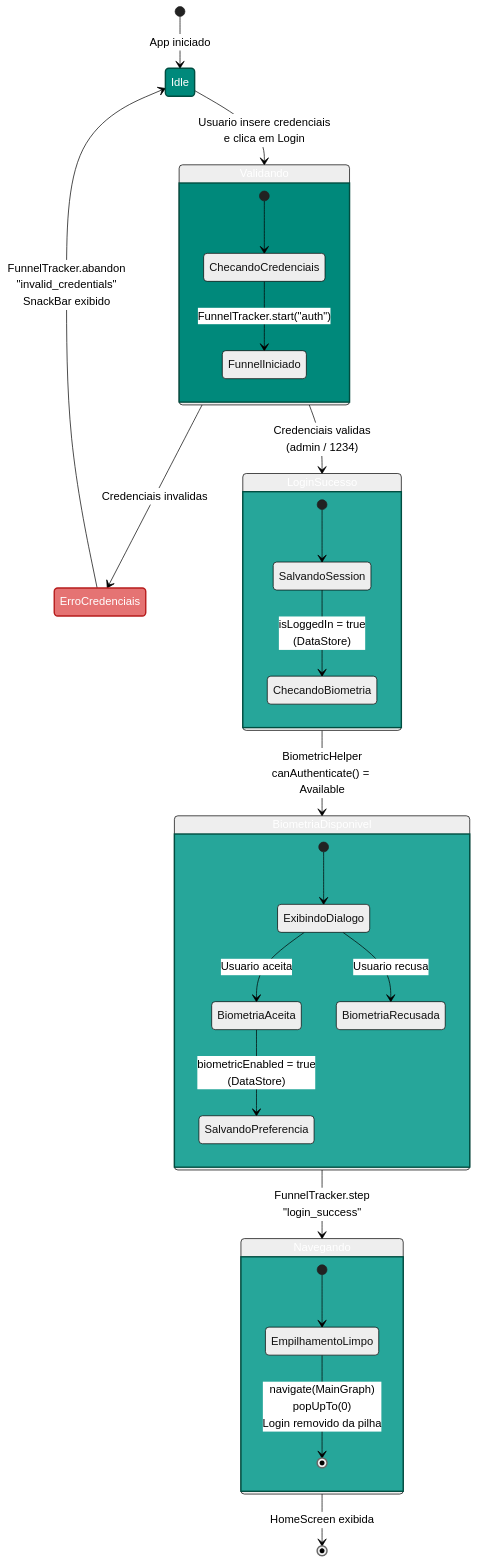
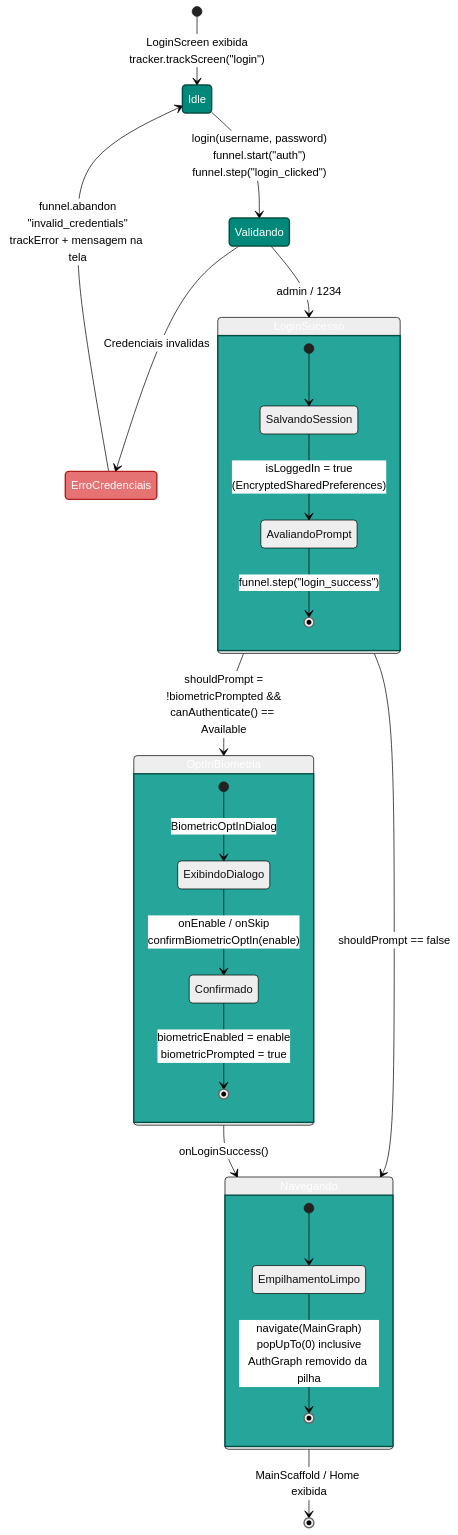
Before and after one commit to victorsantanaa/MovieFlux: the first of 9 diagrams in docs/movie_flux_diagrams.md, drawn with Mermaid (neutral theme). The commit also changed other lines of this file, not shown here.

Commit message:
feat: update authentication flow diagrams and enhance data synchronization details

````diff
--- a/docs/movie_flux_diagrams.md
+++ b/docs/movie_flux_diagrams.md
@@ -7,52 +9,48 @@
 ```mermaid
 stateDiagram-v2
     direction TB
 
-    [*] --> Idle : App iniciado
+    [*] --> Idle : LoginScreen exibida<br/>tracker.trackScreen("login")
 
-    Idle --> Validando : Usuario insere credenciais<br/>e clica em Login
-
-    state Validando {
-        [*] --> ChecandoCredenciais
-        ChecandoCredenciais --> FunnelIniciado : FunnelTracker.start("auth")
-    }
+    Idle --> Validando : login(username, password)<br/>funnel.start("auth")<br/>funnel.step("login_clicked")
 
     Validando --> ErroCredenciais : Credenciais invalidas
-    Validando --> LoginSucesso : Credenciais validas<br/>(admin / 1234)
+    Validando --> LoginSucesso : admin / 1234
 
-    ErroCredenciais --> Idle : FunnelTracker.abandon<br/>"invalid_credentials"<br/>SnackBar exibido
+    ErroCredenciais --> Idle : funnel.abandon<br/>"invalid_credentials"<br/>trackError + mensagem na tela
 
     state LoginSucesso {
         [*] --> SalvandoSession
-        SalvandoSession --> ChecandoBiometria : isLoggedIn = true<br/>(DataStore)
+        SalvandoSession --> AvaliandoPrompt : isLoggedIn = true<br/>(EncryptedSharedPreferences)
+        AvaliandoPrompt --> [*] : funnel.step("login_success")
     }
 
-    LoginSucesso --> BiometriaDisponivel : BiometricHelper<br/>canAuthenticate() = Available
+    LoginSucesso --> OptInBiometria : shouldPrompt =<br/>!biometricPrompted &&<br/>canAuthenticate() == Available
+    LoginSucesso --> Navegando : shouldPrompt == false
 
-    state BiometriaDisponivel {
-        [*] --> ExibindoDialogo
-        ExibindoDialogo --> BiometriaAceita : Usuario aceita
-        ExibindoDialogo --> BiometriaRecusada : Usuario recusa
-        BiometriaAceita --> SalvandoPreferencia : biometricEnabled = true<br/>(DataStore)
+    state OptInBiometria {
+        [*] --> ExibindoDialogo : BiometricOptInDialog
+        ExibindoDialogo --> Confirmado : onEnable / onSkip<br/>confirmBiometricOptIn(enable)
+        Confirmado --> [*] : biometricEnabled = enable<br/>biometricPrompted = true
     }
 
-    BiometriaDisponivel --> Navegando : FunnelTracker.step<br/>"login_success"
+    OptInBiometria --> Navegando : onLoginSuccess()
 
     state Navegando {
         [*] --> EmpilhamentoLimpo
-        EmpilhamentoLimpo --> [*] : navigate(MainGraph)<br/>popUpTo(0)<br/>Login removido da pilha
+        EmpilhamentoLimpo --> [*] : navigate(MainGraph)<br/>popUpTo(0) inclusive<br/>AuthGraph removido da pilha
     }
 
-    Navegando --> [*] : HomeScreen exibida
+    Navegando --> [*] : MainScaffold / Home exibida
 
     classDef neutral fill:#00897B,stroke:#004D40,color:#FFFFFF,stroke-width:2px
     classDef error fill:#E57373,stroke:#B71C1C,color:#FFFFFF,stroke-width:2px
     classDef success fill:#26A69A,stroke:#004D40,color:#FFFFFF,stroke-width:2px
 
     class Idle neutral
     class Validando neutral
     class ErroCredenciais error
     class LoginSucesso success
-    class BiometriaDisponivel success
+    class OptInBiometria success
     class Navegando success
 ```
````
